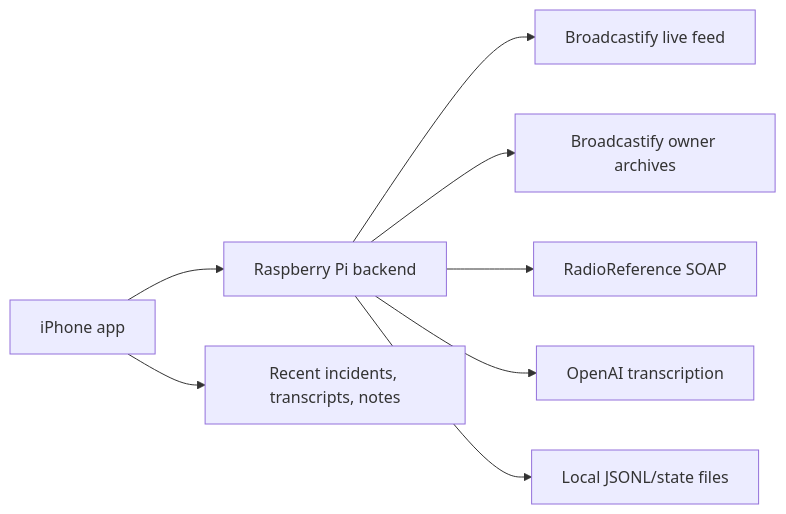
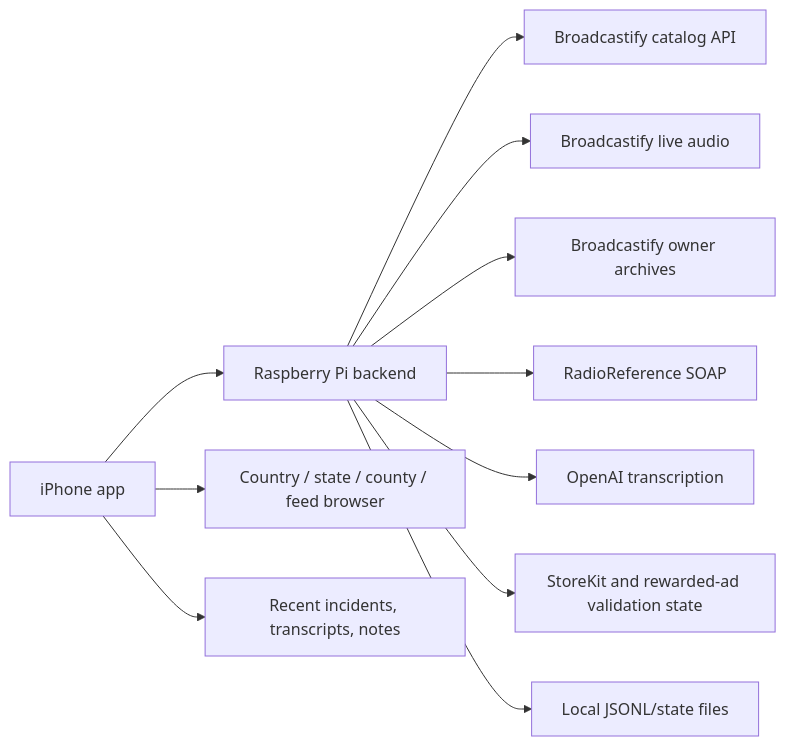
The diagram in README.md (FrankTheTank908/PhillipsburgRadio-iOS), drawn with Mermaid before and after one commit. The commit also changed other lines of this file and 16 other files, not shown here.

````diff
--- a/README.md
+++ b/README.md
@@ -35,10 +39,13 @@
 ```mermaid
 flowchart LR
     App["iPhone app"] --> Pi["Raspberry Pi backend"]
-    Pi --> BF["Broadcastify live feed"]
+    App --> Catalog["Country / state / county / feed browser"]
+    Pi --> BFC["Broadcastify catalog API"]
+    Pi --> BF["Broadcastify live audio"]
     Pi --> BFA["Broadcastify owner archives"]
     Pi --> RR["RadioReference SOAP"]
     Pi --> OAI["OpenAI transcription"]
+    Pi --> Pay["StoreKit and rewarded-ad validation state"]
     Pi --> Store["Local JSONL/state files"]
     App --> Incidents["Recent incidents, transcripts, notes"]
 ```
````
